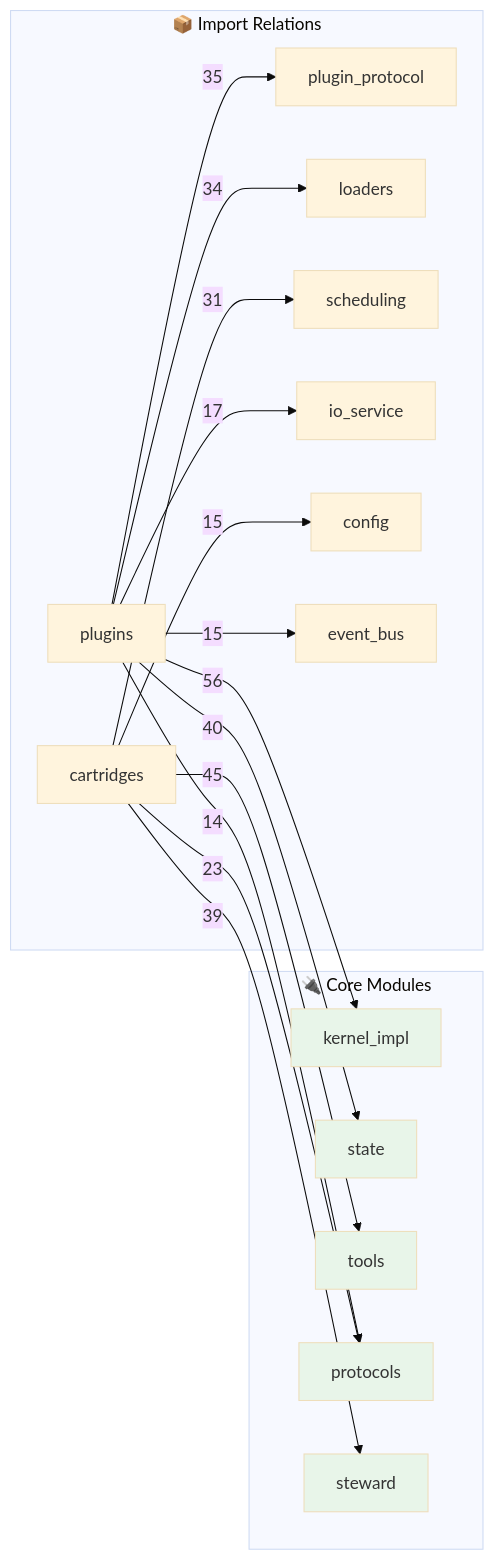
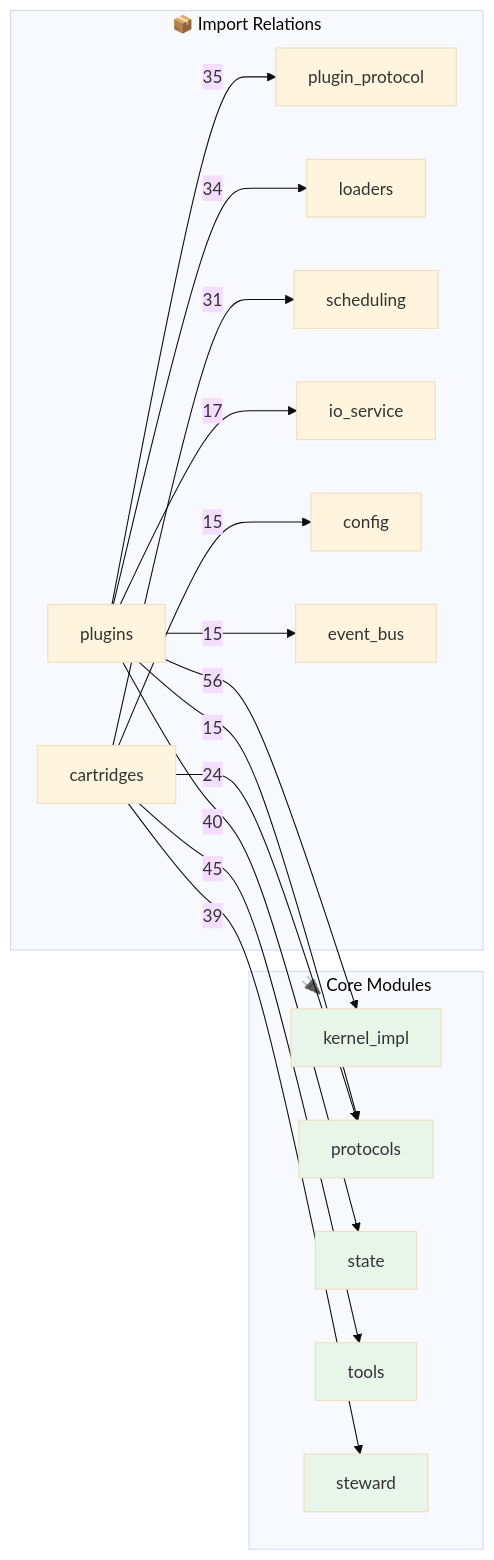
Before and after one commit to kimeisele/steward-protocol: the second of 2 diagrams in OPUS.md, drawn with Mermaid (base theme). The commit also changed other lines of this file and 16 other files, not shown here.

````diff
--- a/OPUS.md
+++ b/OPUS.md
@@ -796,31 +800,31 @@
 ```mermaid
 flowchart LR
     subgraph Core["🔌 Core Modules"]
         kernel_impl[kernel_impl]
+        protocols[protocols]
         state[state]
         tools[tools]
-        protocols[protocols]
         steward[steward]
     end
 
     subgraph Edges["📦 Import Relations"]
         plugins -->|56| kernel_impl
         cartridges -->|45| tools
         plugins -->|40| state
         cartridges -->|39| steward
         plugins -->|35| plugin_protocol
         plugins -->|34| loaders
         cartridges -->|31| scheduling
-        cartridges -->|23| protocols
+        cartridges -->|24| protocols
         plugins -->|17| io_service
         cartridges -->|15| config
         plugins -->|15| event_bus
-        plugins -->|14| protocols
+        plugins -->|15| protocols
     end
 
     style kernel_impl fill:#e8f5e9
+    style protocols fill:#e8f5e9
     style state fill:#e8f5e9
     style tools fill:#e8f5e9
-    style protocols fill:#e8f5e9
     style steward fill:#e8f5e9
 ```
````
